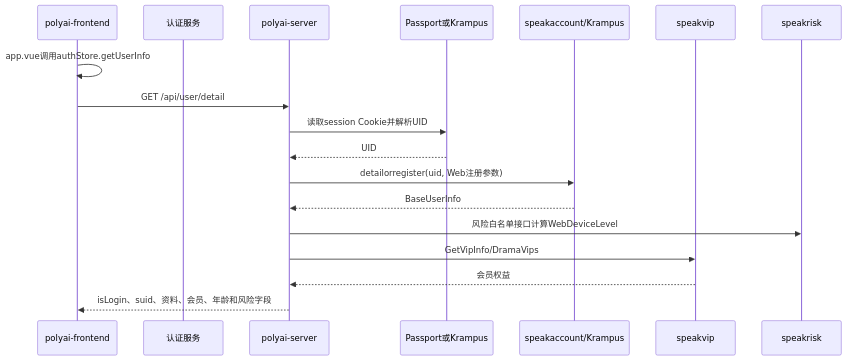
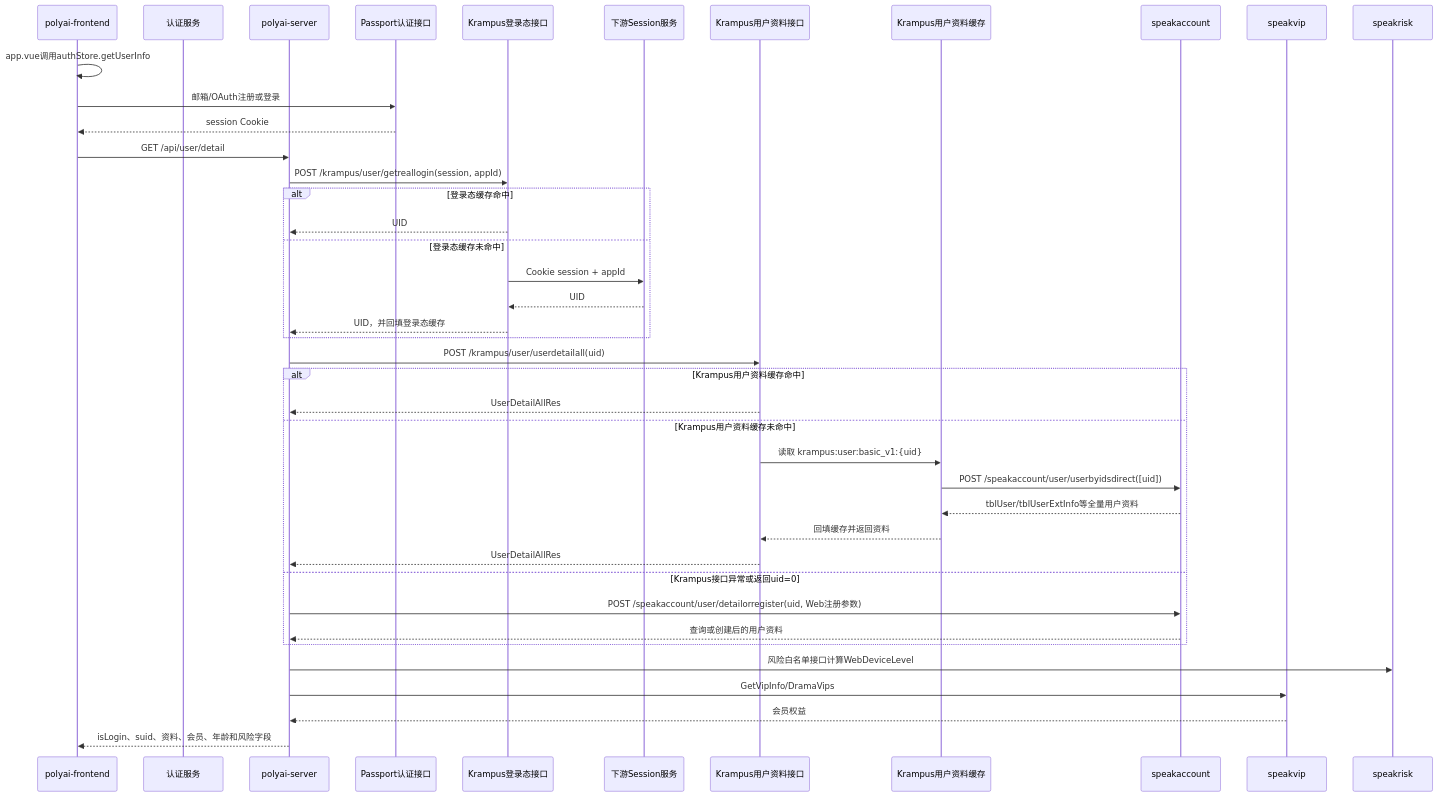
One commit to cug-ptq/polyweb changed the diagram in features/01-用户与身份/01-登录与注册体系/README.md. Above: the diagram before and after it, drawn with Mermaid. The commit also changed other lines of this file and 2 other files, not shown here.

Commit message:
ci 用户登陆:krampus/speakaccount

````diff
--- a/features/01-用户与身份/01-登录与注册体系/README.md
+++ b/features/01-用户与身份/01-登录与注册体系/README.md
@@ -51,20 +80,43 @@
 ```mermaid
 sequenceDiagram
     participant FE as polyai-frontend
     participant AuthWeb as 认证服务
     participant PAS as polyai-server
-    participant Auth as Passport或Krampus
-    participant Account as speakaccount/Krampus
+    participant Passport as Passport认证接口
+    participant Auth as Krampus登录态接口
+    participant Session as 下游Session服务
+    participant Profile as Krampus用户资料接口
+    participant KCache as Krampus用户资料缓存
+    participant Account as speakaccount
     participant VIP as speakvip
     participant Risk as speakrisk
     FE->>FE: app.vue调用authStore.getUserInfo
+    FE->>Passport: 邮箱/OAuth注册或登录
+    Passport-->>FE: session Cookie
     FE->>PAS: GET /api/user/detail
-    PAS->>Auth: 读取session Cookie并解析UID
-    Auth-->>PAS: UID
-    PAS->>Account: detailorregister(uid, Web注册参数)
-    Account-->>PAS: BaseUserInfo
+    PAS->>Auth: POST /krampus/user/getreallogin(session, appId)
+    alt 登录态缓存命中
+        Auth-->>PAS: UID
+    else 登录态缓存未命中
+        Auth->>Session: Cookie session + appId
+        Session-->>Auth: UID
+        Auth-->>PAS: UID，并回填登录态缓存
+    end
+    PAS->>Profile: POST /krampus/user/userdetailall(uid)
+    alt Krampus用户资料缓存命中
+        Profile-->>PAS: UserDetailAllRes
+    else Krampus用户资料缓存未命中
+        Profile->>KCache: 读取 krampus:user:basic_v1:{uid}
+        KCache->>Account: POST /speakaccount/user/userbyidsdirect([uid])
+        Account-->>KCache: tblUser/tblUserExtInfo等全量用户资料
+        KCache-->>Profile: 回填缓存并返回资料
+        Profile-->>PAS: UserDetailAllRes
+    else Krampus接口异常或返回uid=0
+        PAS->>Account: POST /speakaccount/user/detailorregister(uid, Web注册参数)
+        Account-->>PAS: 查询或创建后的用户资料
+    end
     PAS->>Risk: 风险白名单接口计算WebDeviceLevel
     PAS->>VIP: GetVipInfo/DramaVips
     VIP-->>PAS: 会员权益
     PAS-->>FE: isLogin、suid、资料、会员、年龄和风险字段
 ```
````
